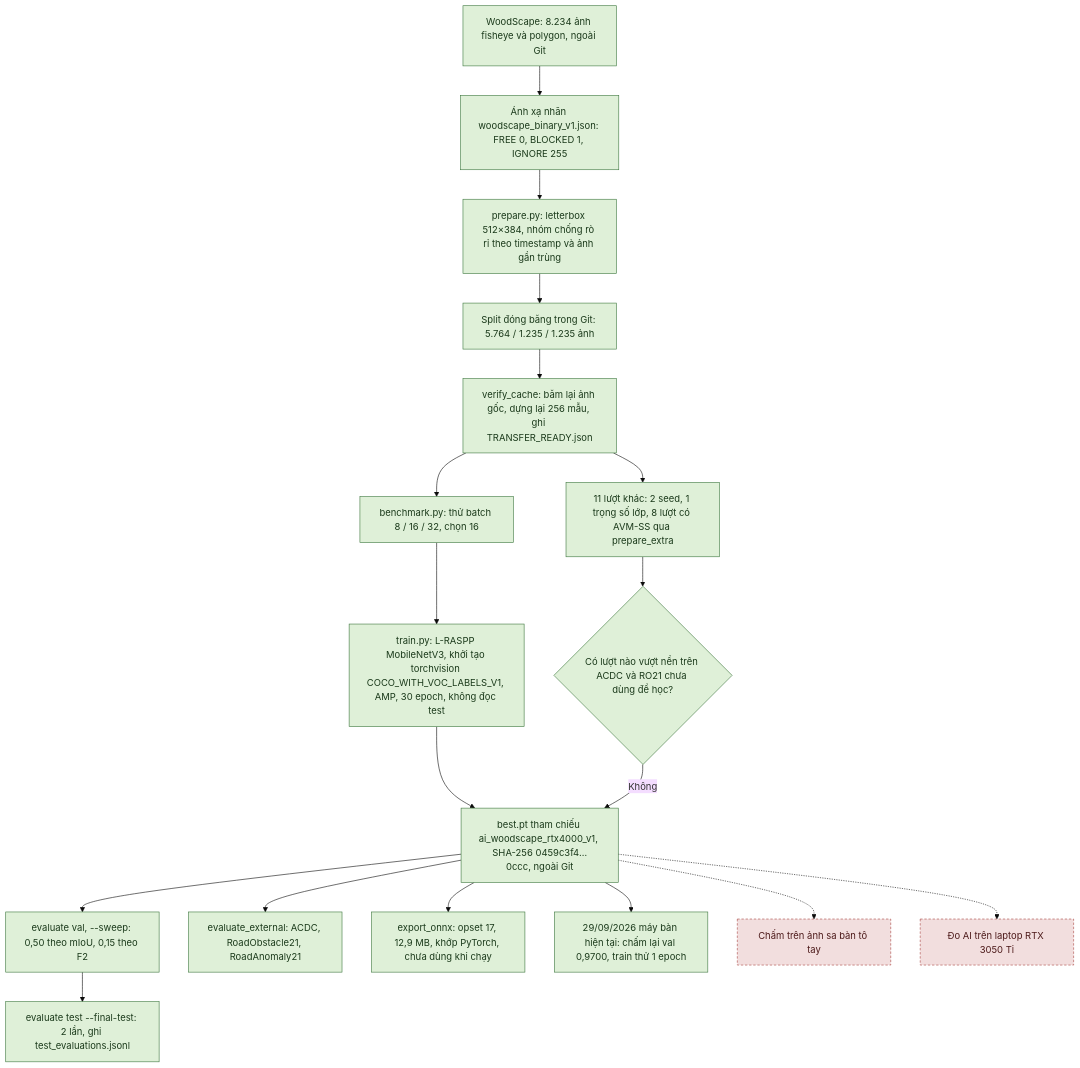
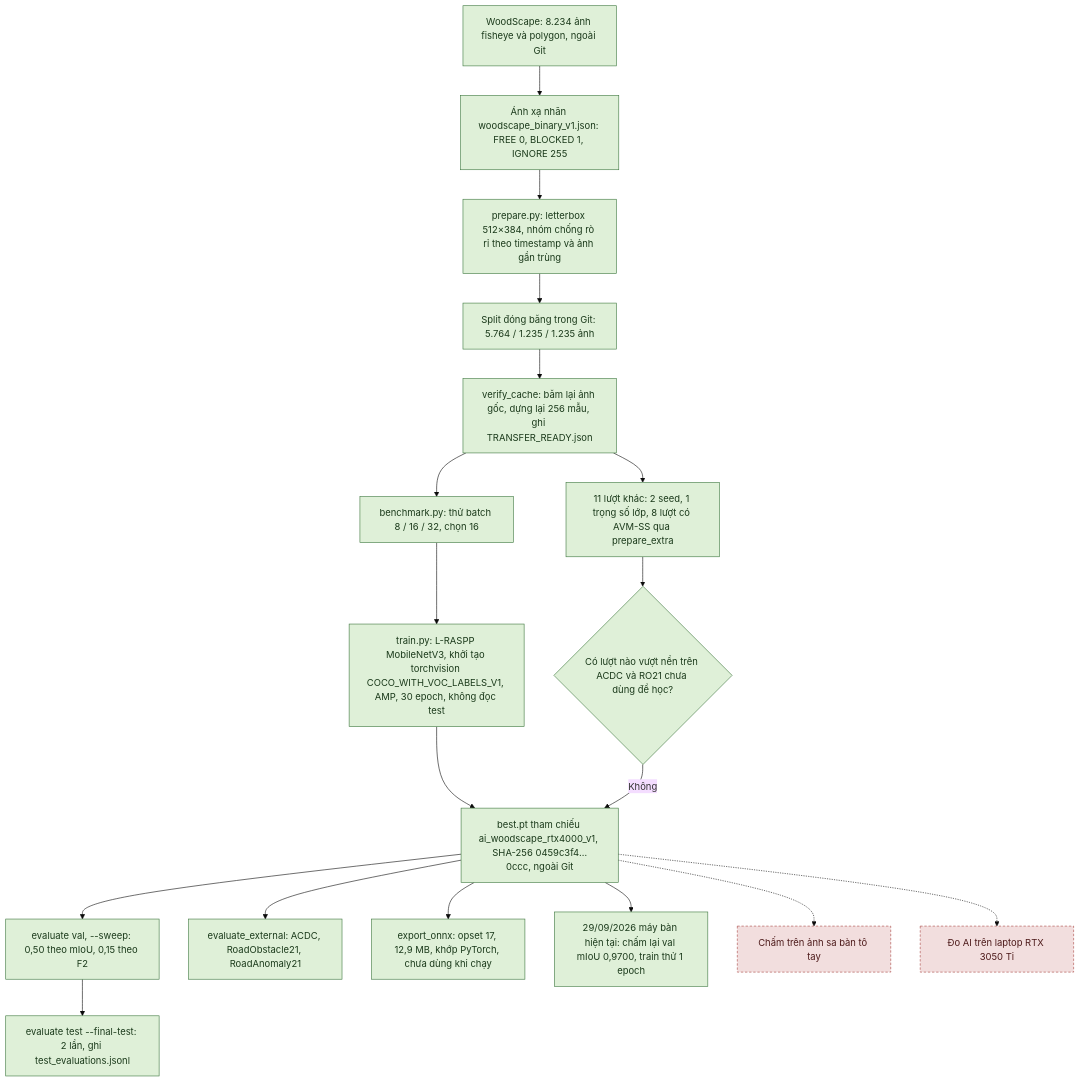
The first of 3 diagrams in HUAN_LUYEN.md (thbn12082/autopark), drawn with Mermaid (base theme) before and after one commit. The commit also changed 223 other files, not shown here.

````diff
--- a/HUAN_LUYEN.md
+++ b/HUAN_LUYEN.md
@@ -39,25 +39,25 @@
 ```mermaid
 flowchart TD
     WS["WoodScape: 8.234 ảnh fisheye và polygon, ngoài Git"] --> MAP["Ánh xạ nhãn woodscape_binary_v1.json: FREE 0, BLOCKED 1, IGNORE 255"]
     MAP --> PREP["prepare.py: letterbox 512×384, nhóm chống rò rỉ theo timestamp và ảnh gần trùng"]
     PREP --> FRZ["Split đóng băng trong Git: 5.764 / 1.235 / 1.235 ảnh"]
     FRZ --> VER["verify_cache: băm lại ảnh gốc, dựng lại 256 mẫu, ghi TRANSFER_READY.json"]
     VER --> BEN["benchmark.py: thử batch 8 / 16 / 32, chọn 16"]
     BEN --> TRN["train.py: L-RASPP MobileNetV3, khởi tạo torchvision COCO_WITH_VOC_LABELS_V1, AMP, 30 epoch, không đọc test"]
     TRN --> CK["best.pt tham chiếu ai_woodscape_rtx4000_v1, SHA-256 0459c3f4…0ccc, ngoài Git"]
     VER --> XTR["11 lượt khác: 2 seed, 1 trọng số lớp, 8 lượt có AVM-SS qua prepare_extra"]
     XTR --> CMP{"Có lượt nào vượt nền trên ACDC và RO21 chưa dùng để học?"}
     CMP -->|Không| CK
     CK --> VAL["evaluate val, --sweep: 0,50 theo mIoU, 0,15 theo F2"]
     VAL --> TST["evaluate test --final-test: 2 lần, ghi test_evaluations.jsonl"]
     CK --> EXT["evaluate_external: ACDC, RoadObstacle21, RoadAnomaly21"]
     CK --> ONX["export_onnx: opset 17, 12,9 MB, khớp PyTorch, chưa dùng khi chạy"]
-    CK --> RE["29/09/2026 máy bàn hiện tại: chấm lại val 0,9700, train thử 1 epoch"]
+    CK --> RE["29/09/2026 máy bàn hiện tại: chấm lại val mIoU 0,9700, train thử 1 epoch"]
     CK -.-> SAB["Chấm trên ảnh sa bàn tô tay"]
     CK -.-> LAP["Đo AI trên laptop RTX 3050 Ti"]
     classDef daco fill:#dff0d8,stroke:#3c763d,color:#1b3a1b
     classDef giaLap fill:#fcf8e3,stroke:#8a6d3b,color:#4d3b12
     classDef chuaLam fill:#f2dede,stroke:#a94442,color:#4d1a1a,stroke-dasharray: 4 3
     class WS,MAP,PREP,FRZ,VER,BEN,TRN,CK,XTR,CMP,VAL,TST,EXT,ONX,RE daco
     class SAB,LAP chuaLam
 ```
````
